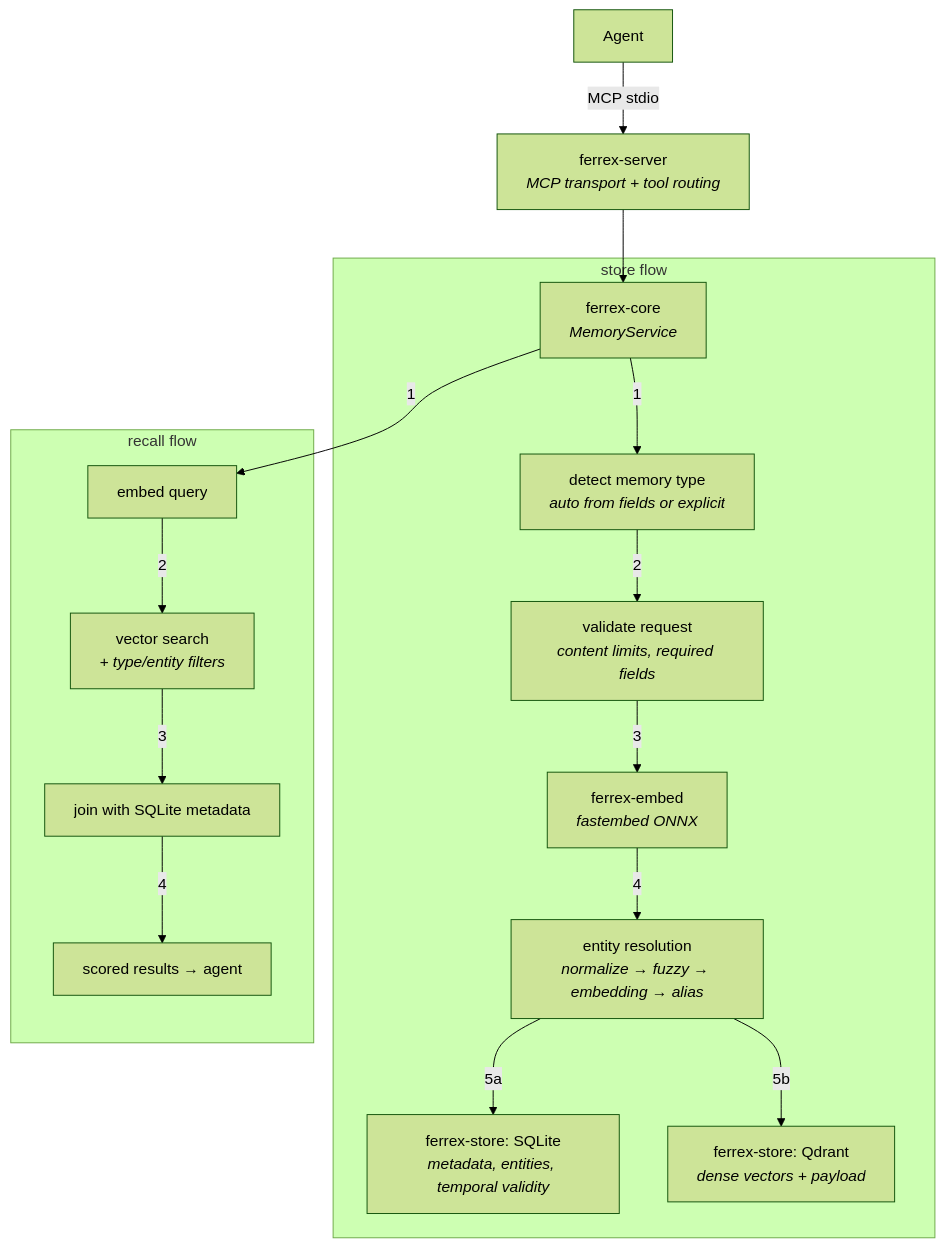
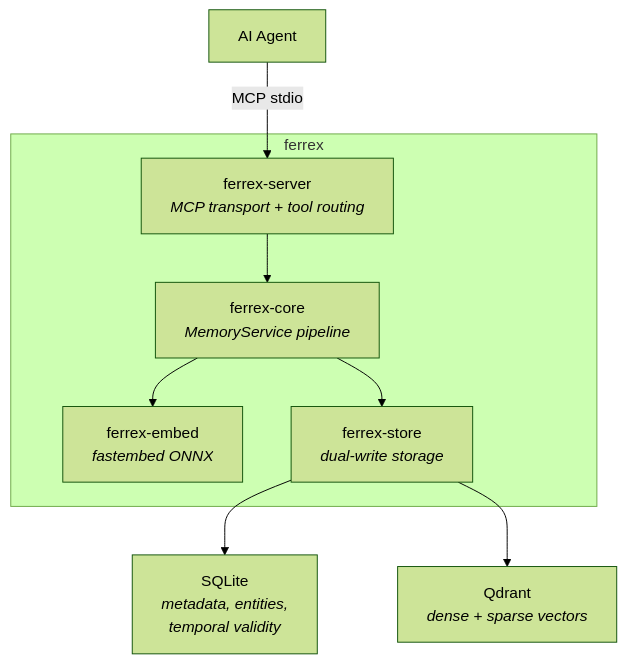
One commit to vaporif/ferrex changed the diagram in README.md. Above: the diagram before and after it, drawn with Mermaid (forest theme). The commit also changed other lines of this file and 44 other files, not shown here.

````diff
--- a/README.md
+++ b/README.md
@@ -15,21 +11,20 @@
 ```mermaid
 flowchart TD
-    Agent -->|MCP stdio| Server["ferrex-server<br/><i>MCP transport + tool routing</i>"]
-    Server --> Core["ferrex-core<br/><i>MemoryService</i>"]
+    Agent["AI Agent"]
 
-    subgraph store["store flow"]
-        Core -->|1| Detect["detect memory type<br/><i>auto from fields or explicit</i>"]
-        Detect -->|2| Validate["validate request<br/><i>content limits, required fields</i>"]
-        Validate -->|3| Embed["ferrex-embed<br/><i>fastembed ONNX</i>"]
-        Embed -->|4| Resolve["entity resolution<br/><i>normalize → fuzzy → embedding → alias</i>"]
-        Resolve -->|5a| SQLite["ferrex-store: SQLite<br/><i>metadata, entities, temporal validity</i>"]
-        Resolve -->|5b| Qdrant["ferrex-store: Qdrant<br/><i>dense vectors + payload</i>"]
+    Agent -->|MCP stdio| Server
+
+    subgraph ferrex["ferrex"]
+        Server["ferrex-server\n<i>MCP transport + tool routing</i>"]
+        Core["ferrex-core\n<i>MemoryService pipeline</i>"]
+        Embed["ferrex-embed\n<i>fastembed ONNX</i>"]
+        Store["ferrex-store\n<i>dual-write storage</i>"]
+
+        Server --> Core
+        Core --> Embed
+        Core --> Store
     end
 
-    subgraph recall["recall flow"]
-        Core -->|1| EmbedQ["embed query"]
-        EmbedQ -->|2| Search["vector search<br/><i>+ type/entity filters</i>"]
-        Search -->|3| Join["join with SQLite metadata"]
-        Join -->|4| Return["scored results → agent"]
-    end
+    Store --> SQLite["SQLite\n<i>metadata, entities,\ntemporal validity</i>"]
+    Store --> Qdrant["Qdrant\n<i>dense + sparse vectors</i>"]
 ```
````
